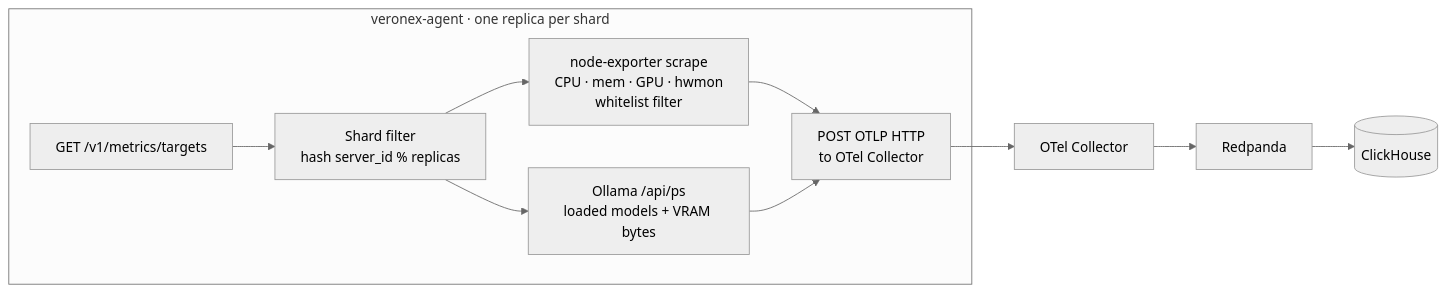
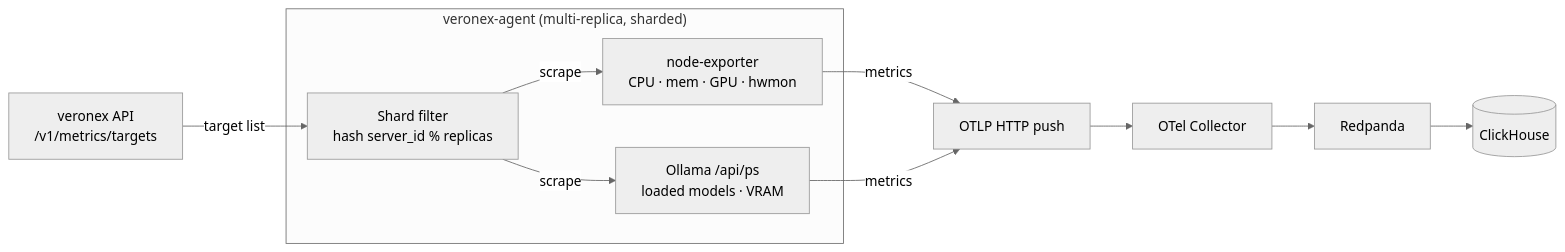
One commit to beegy-labs/veronex changed the third of 3 diagrams in README.md. Above: the diagram before and after it, drawn with Mermaid (neutral theme).

Commit message:
docs(readme): fix agent diagram arrow direction

````diff
--- a/README.md
+++ b/README.md
@@ -253,10 +253,14 @@
 ```mermaid
 flowchart LR
-    subgraph AGENT["veronex-agent · one replica per shard"]
-        D2[GET /v1/metrics/targets] --> SH[Shard filter\nhash server_id % replicas]
-        SH --> NE[node-exporter scrape\nCPU · mem · GPU · hwmon\nwhitelist filter]
-        SH --> OP[Ollama /api/ps\nloaded models + VRAM bytes]
-        NE & OP --> OTLP[POST OTLP HTTP\nto OTel Collector]
+    V[veronex API\n/v1/metrics/targets] -->|target list| SH
+
+    subgraph AGENT["veronex-agent (multi-replica, sharded)"]
+        SH[Shard filter\nhash server_id % replicas]
+        SH -->|scrape| NE[node-exporter\nCPU · mem · GPU · hwmon]
+        SH -->|scrape| OL[Ollama /api/ps\nloaded models · VRAM]
     end
-    OTLP --> OC[OTel Collector] --> RP[Redpanda] --> CK[(ClickHouse)]
+
+    NE -->|metrics| PUSH[OTLP HTTP push]
+    OL -->|metrics| PUSH
+    PUSH --> OC[OTel Collector] --> RP[Redpanda] --> CK[(ClickHouse)]
 ```
````
